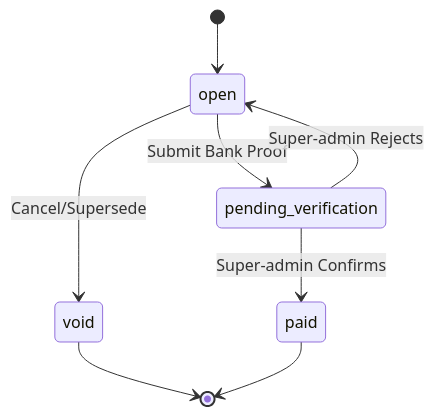
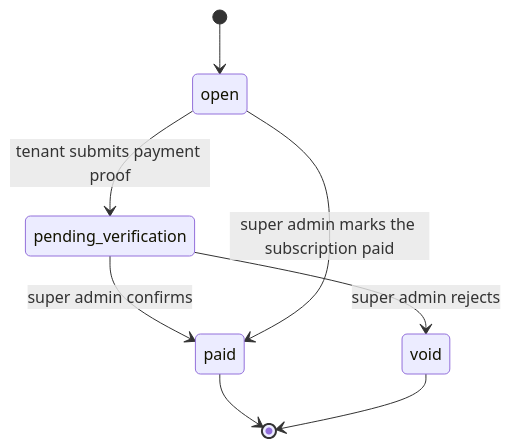
One commit to Ai-NativeLab/ServeOs changed the fifth of 8 diagrams in docs/flows/state-machines.md. Above: the diagram before and after it, drawn with Mermaid. The commit also changed other lines of this file and 1 other file, not shown here.

First line of the commit message:
docs(flows): rewrite sequence diagrams and state machines from the code

````diff
--- a/docs/flows/state-machines.md
+++ b/docs/flows/state-machines.md
@@ -144,12 +124,10 @@
 ```mermaid
 stateDiagram-v2
     [*] --> open
-    open --> pending_verification: Submit Bank Proof
-    open --> void: Cancel/Supersede
-    
-    pending_verification --> paid: Super-admin Confirms
-    pending_verification --> open: Super-admin Rejects
-    
+    open --> pending_verification: tenant submits payment proof
+    pending_verification --> paid: super admin confirms
+    pending_verification --> void: super admin rejects
+    open --> paid: super admin marks the subscription paid
+    paid --> [*]
     void --> [*]
-    paid --> [*]
 ```
````
